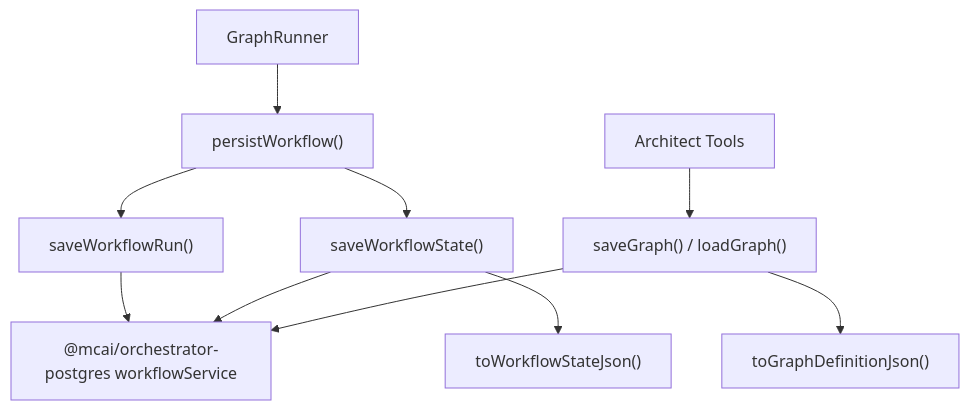
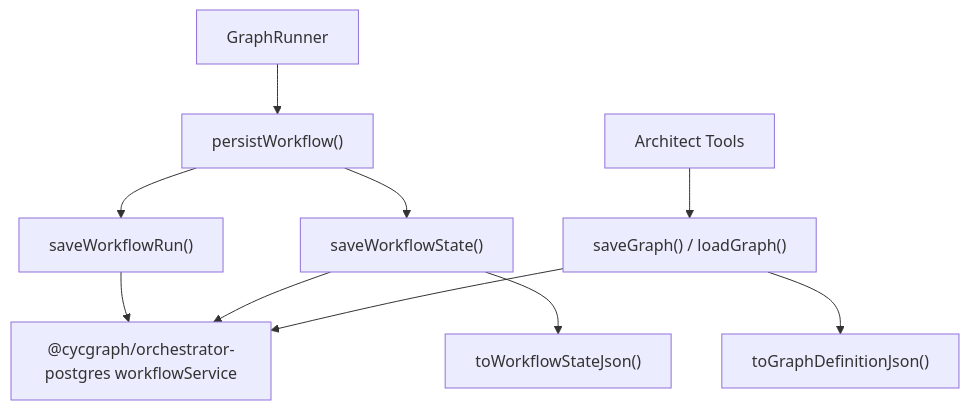
The first of 5 diagrams in packages/orchestrator/src/db/README.md (wmcmahan/mc-ai), drawn with Mermaid before and after one commit. The commit also changed other lines of this file and 127 other files, not shown here.

````diff
--- a/packages/orchestrator/src/db/README.md
+++ b/packages/orchestrator/src/db/README.md
@@ -48,12 +48,12 @@
 ```mermaid
 graph TD
     GR["GraphRunner"] --> PW["persistWorkflow()"]
     AT["Architect Tools"] --> SG["saveGraph() / loadGraph()"]
     PW --> SWR["saveWorkflowRun()"]
     PW --> SWS["saveWorkflowState()"]
-    SWR --> WS["@mcai/orchestrator-postgres workflowService"]
+    SWR --> WS["@cycgraph/orchestrator-postgres workflowService"]
     SWS --> WS
     SG --> WS
     SWS --> CONV["toWorkflowStateJson()"]
     SG --> CONV2["toGraphDefinitionJson()"]
 ```
````
